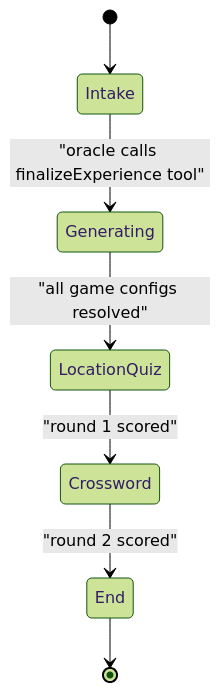
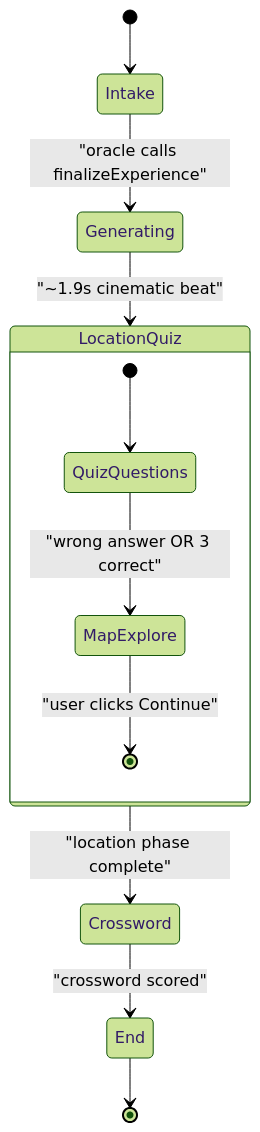
Before and after one commit to mite404/a24-puzzle: the first of 2 diagrams in docs/architecture-plan.md, drawn with Mermaid (forest theme). The commit also changed other lines of this file and 1 other file, not shown here.

````diff
--- a/docs/architecture-plan.md
+++ b/docs/architecture-plan.md
@@ -76,9 +67,16 @@
 ```mermaid
 stateDiagram-v2
     [*] --> Intake
-    Intake --> Generating : "oracle calls finalizeExperience tool"
-    Generating --> LocationQuiz : "all game configs resolved"
-    LocationQuiz --> Crossword : "round 1 scored"
-    Crossword --> End : "round 2 scored"
+    Intake --> Generating : "oracle calls finalizeExperience"
+    Generating --> LocationQuiz : "~1.9s cinematic beat"
+
+    state LocationQuiz {
+        [*] --> QuizQuestions
+        QuizQuestions --> MapExplore : "wrong answer OR 3 correct"
+        MapExplore --> [*] : "user clicks Continue"
+    }
+
+    LocationQuiz --> Crossword : "location phase complete"
+    Crossword --> End : "crossword scored"
     End --> [*]
 ```
````
